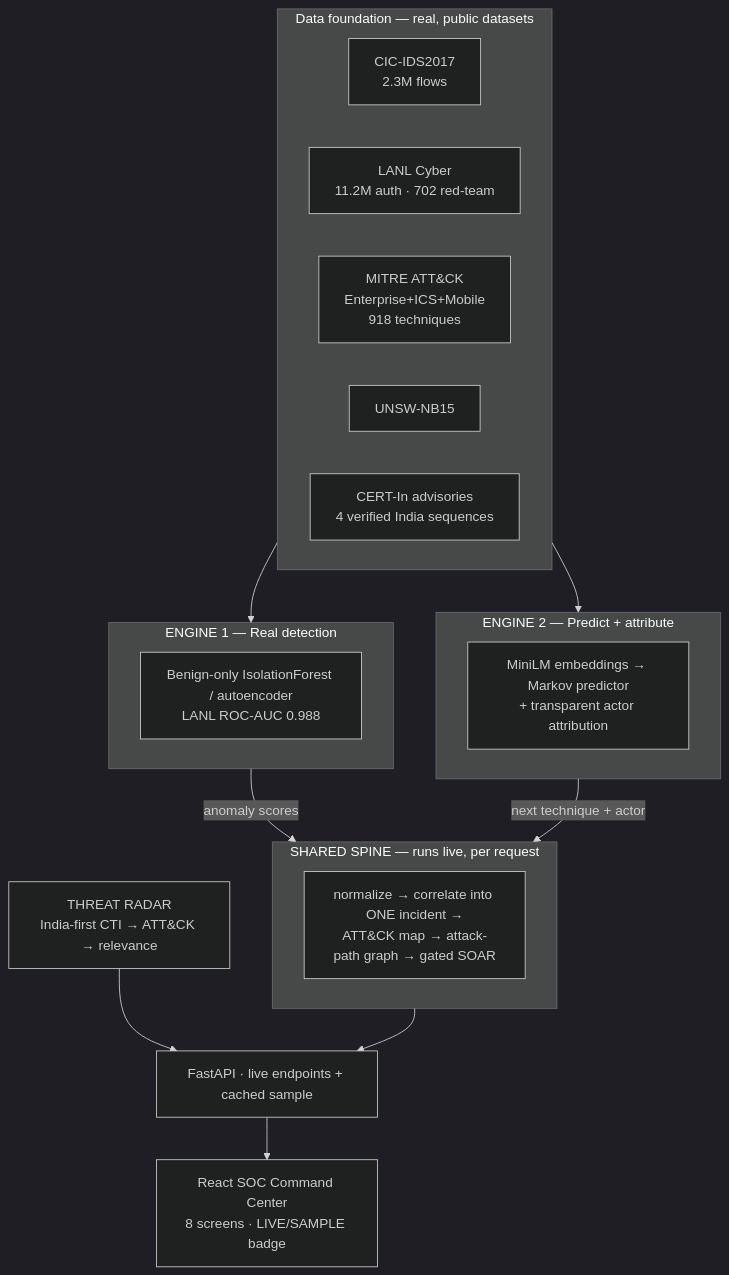
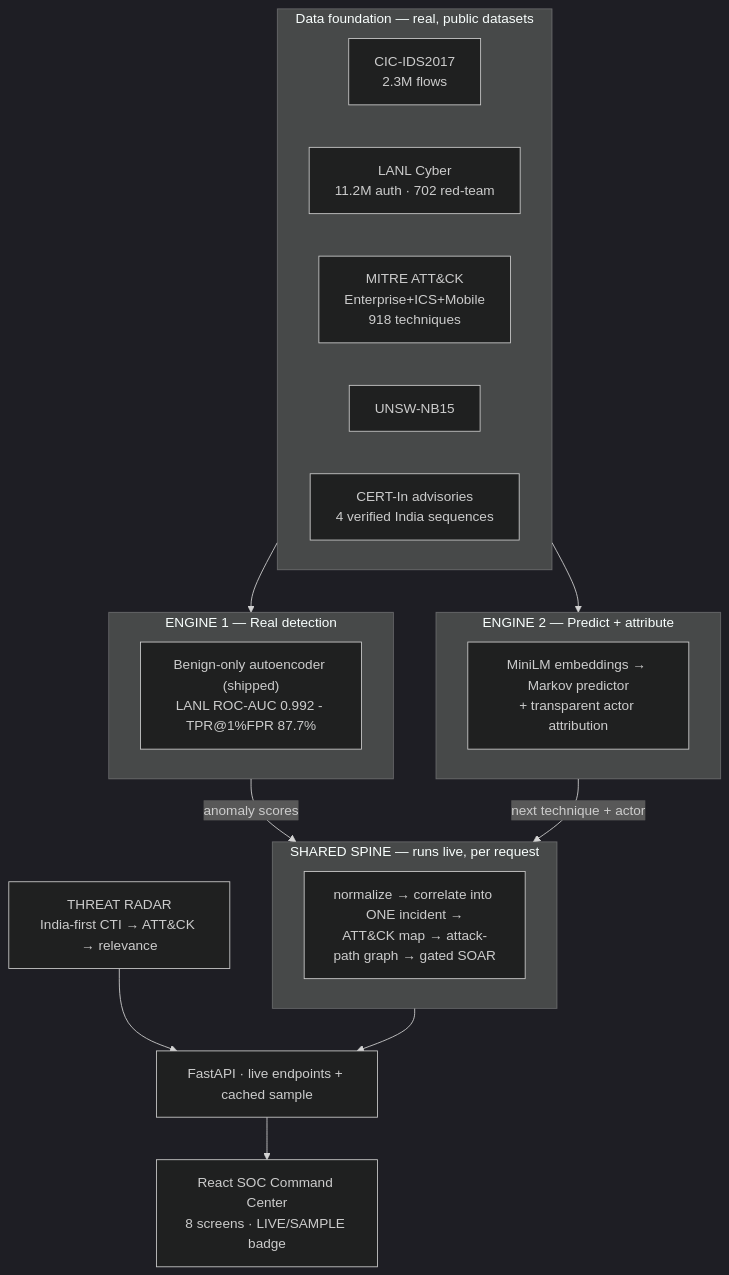
The third of 4 diagrams in PITCH_DECK.md (RishiiGamer2201/resilience-graph-ai), drawn with Mermaid (dark theme) before and after one commit. The commit also changed other lines of this file and 35 other files, not shown here.

````diff
--- a/PITCH_DECK.md
+++ b/PITCH_DECK.md
@@ -148,30 +148,30 @@
 ```mermaid
 flowchart TB
   subgraph DATA["Data foundation — real, public datasets"]
     CIC["CIC-IDS2017<br/>2.3M flows"]
     LANL["LANL Cyber<br/>11.2M auth · 702 red-team"]
     ATTACK["MITRE ATT&CK<br/>Enterprise+ICS+Mobile<br/>918 techniques"]
     UNSW["UNSW-NB15"]
     CERTIN["CERT-In advisories<br/>4 verified India sequences"]
   end
 
   subgraph E1["ENGINE 1 — Real detection"]
-    IF["Benign-only IsolationForest / autoencoder<br/>LANL ROC-AUC 0.988"]
+    IF["Benign-only autoencoder (shipped)<br/>LANL ROC-AUC 0.992 - TPR@1%FPR 87.7%"]
   end
   subgraph E2["ENGINE 2 — Predict + attribute"]
     PRED["MiniLM embeddings → Markov predictor<br/>+ transparent actor attribution"]
   end
 
   DATA --> E1
   DATA --> E2
 
   subgraph SPINE["SHARED SPINE — runs live, per request"]
     S["normalize → correlate into ONE incident →<br/>ATT&CK map → attack-path graph → gated SOAR"]
   end
   E1 -- "anomaly scores" --> SPINE
   E2 -- "next technique + actor" --> SPINE
 
   RADAR["THREAT RADAR<br/>India-first CTI → ATT&CK → relevance"] --> API
   SPINE --> API["FastAPI · live endpoints + cached sample"]
   API --> SPA["React SOC Command Center<br/>8 screens · LIVE/SAMPLE badge"]
 ```
````
